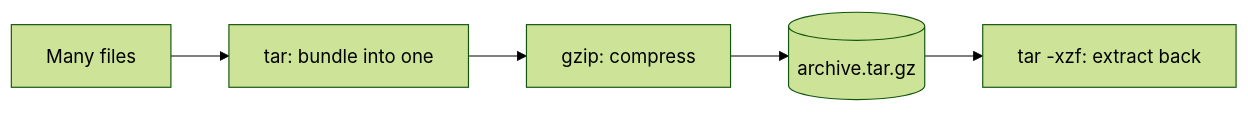
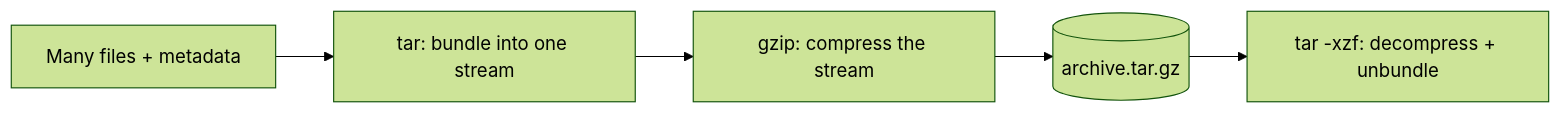
Before and after one commit to cloud-prakhar/learning-linux: the diagram in 03-files-and-directories/file-compression.md, drawn with Mermaid (forest theme). The commit also changed other lines of this file and 69 other files, not shown here.

````diff
--- a/03-files-and-directories/file-compression.md
+++ b/03-files-and-directories/file-compression.md
@@ -32,7 +39,7 @@
 ```mermaid
 flowchart LR
-    Files[Many files] --> Tar[tar: bundle into one]
-    Tar --> Gz[gzip: compress]
+    Files[Many files + metadata] --> Tar[tar: bundle into one stream]
+    Tar --> Gz[gzip: compress the stream]
     Gz --> Archive[(archive.tar.gz)]
-    Archive --> Extract[tar -xzf: extract back]
+    Archive --> Extract[tar -xzf: decompress + unbundle]
 ```
````
